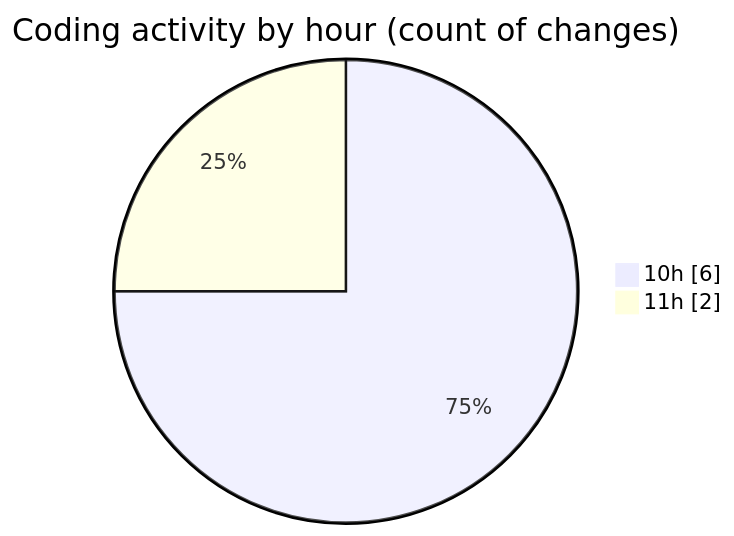
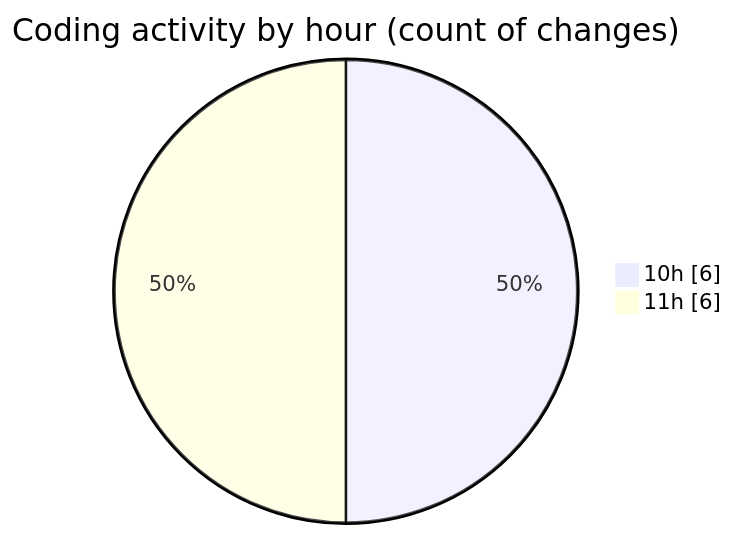
One commit to ricardozamudiocil/code-tracking changed the second of 2 diagrams in 2026-07-08/cilapp/README.md. Above: the diagram before and after it, drawn with Mermaid. The commit also changed other lines of this file and 1 other file, not shown here.

````diff
--- a/2026-07-08/cilapp/README.md
+++ b/2026-07-08/cilapp/README.md
@@ -30,6 +32,6 @@
 ```mermaid
 pie showData
 title Coding activity by hour (count of changes)
 "10h" : 6
-"11h" : 2
+"11h" : 6
 ```
````
